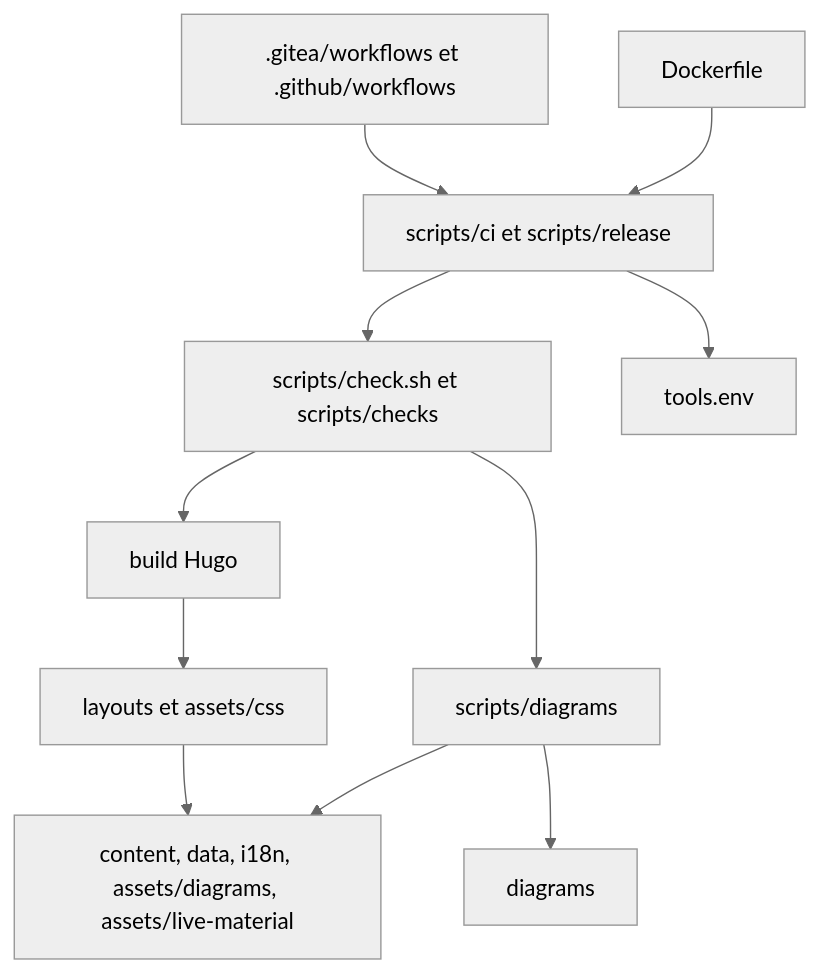
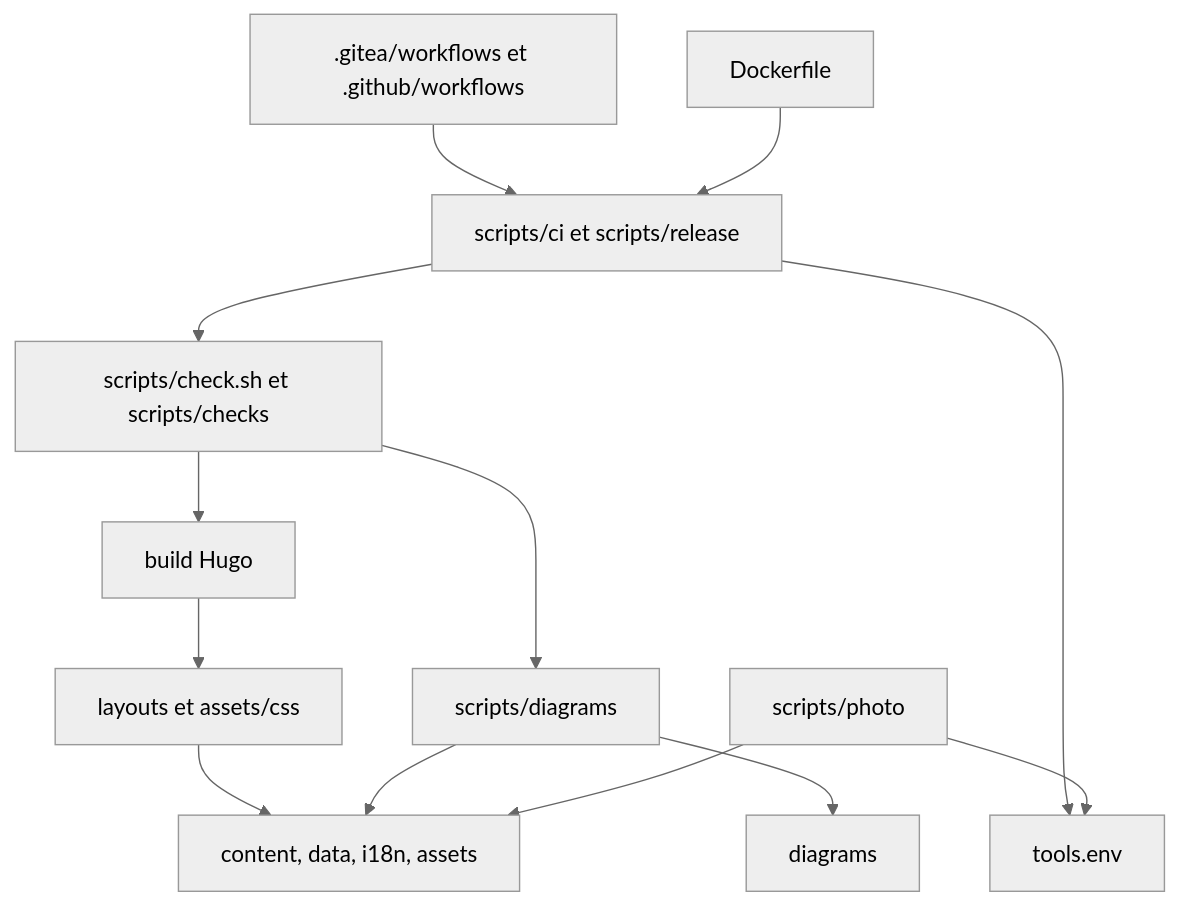
Before and after one commit to Eleyone/eleyone.fr: the second of 3 diagrams in _bmad-output/planning-artifacts/architecture/architecture-eleyone.fr-2026-09-13/ARCHITECTURE-SPINE.md, drawn with Mermaid (neutral theme). The commit also changed other lines of this file and 14 other files, not shown here.

````diff
--- a/_bmad-output/planning-artifacts/architecture/architecture-eleyone.fr-2026-09-13/ARCHITECTURE-SPINE.md
+++ b/_bmad-output/planning-artifacts/architecture/architecture-eleyone.fr-2026-09-13/ARCHITECTURE-SPINE.md
@@ -70,13 +76,15 @@
 ```mermaid
 flowchart TD
   WF[".gitea/workflows et .github/workflows"] --> CI["scripts/ci et scripts/release"]
   DF["Dockerfile"] --> CI
   CI --> CHK["scripts/check.sh et scripts/checks"]
   CI --> TV["tools.env"]
   CHK --> HB["build Hugo"]
   CHK --> DG["scripts/diagrams"]
+  PHS["scripts/photo"] --> TV
   HB --> LY["layouts et assets/css"]
-  LY --> CT["content, data, i18n, assets/diagrams, assets/live-material"]
+  LY --> CT["content, data, i18n, assets"]
   DG --> DS["diagrams"]
   DG --> CT
+  PHS --> CT
 ```
````
